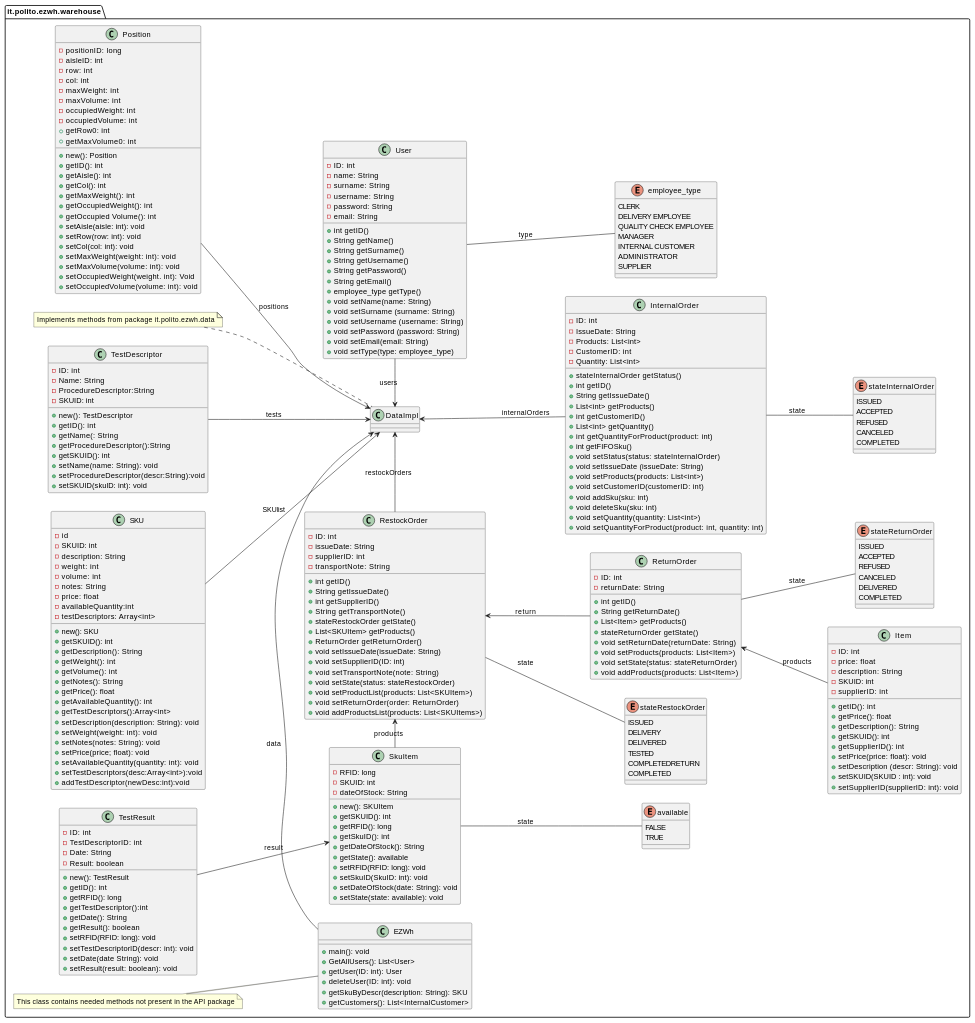
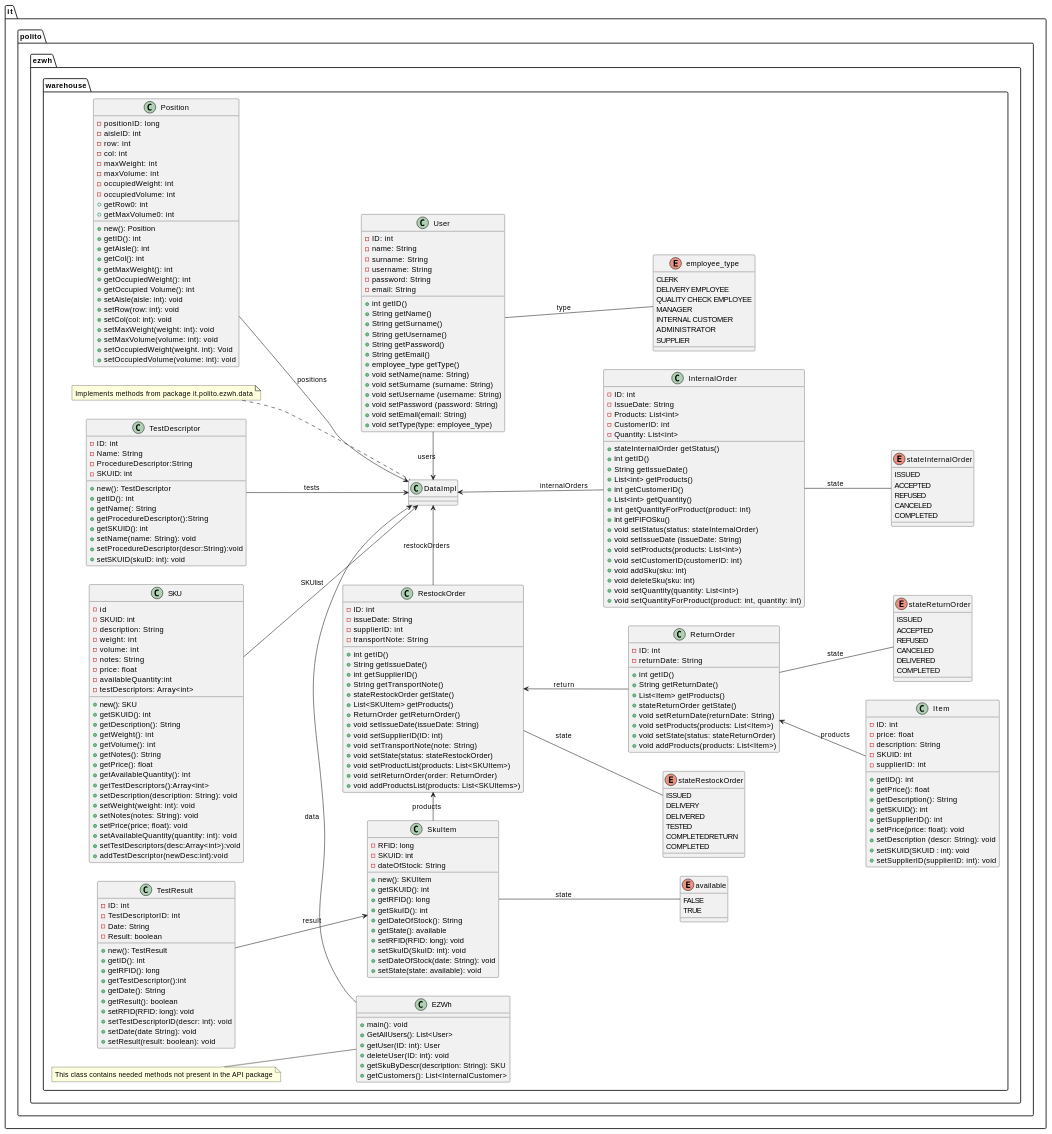
The sixth of 29 diagrams in DesignDocument.md (kevinmascitti/Warehouse-management-software), drawn with PlantUML before and after one commit. The commit also changed other lines of this file, not shown here.

```diff
--- a/DesignDocument.md
+++ b/DesignDocument.md
@@ -234,7 +239,7 @@
 
 left to right direction
 
-package "it.polito.ezwh.warehouse" as warehouse{
+package "it.polito.ezwh.warehouse"{
 
     class TestDescriptor {
         -ID: int
```
